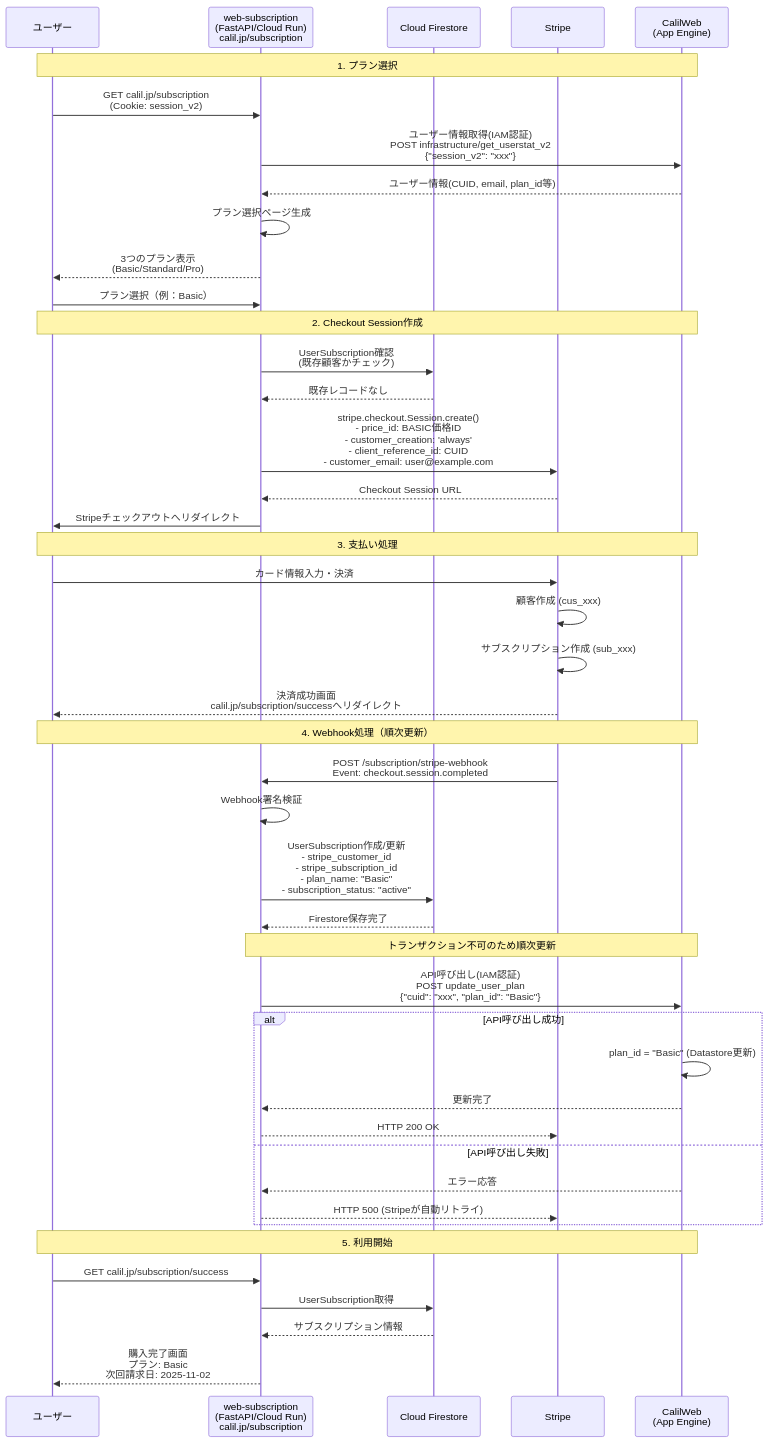
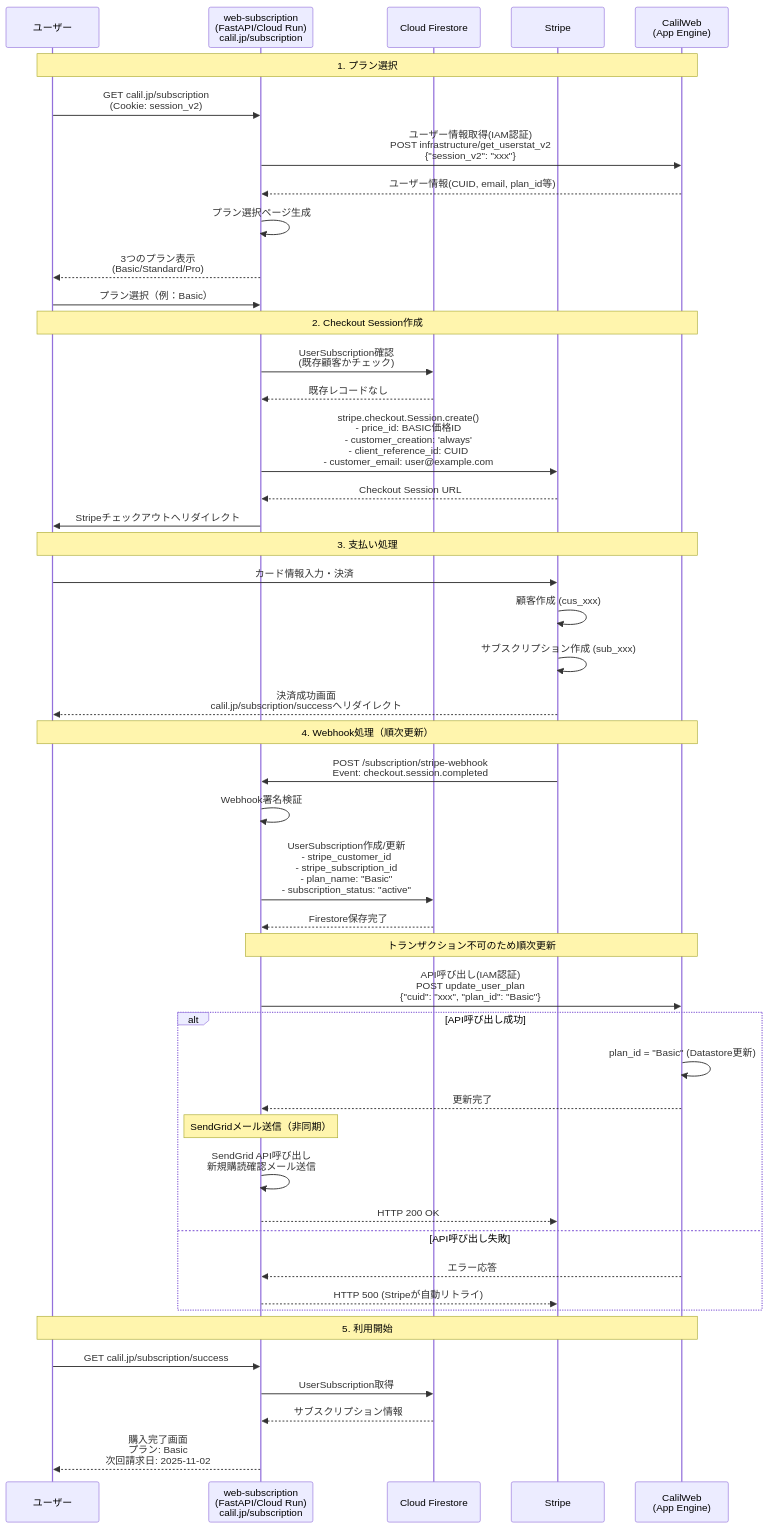
The diagram in Claude.md (CALIL/web-subscription), drawn with Mermaid before and after one commit. The commit also changed other lines of this file, not shown here.

First line of the commit message:
feat: SendGridメール送信機能の追加

````diff
--- a/Claude.md
+++ b/Claude.md
@@ -344,53 +356,56 @@
 ```mermaid
 sequenceDiagram
     participant U as ユーザー
     participant S as web-subscription<br/>(FastAPI/Cloud Run)<br/>calil.jp/subscription
     participant DS as Cloud Firestore
     participant ST as Stripe
     participant CW as CalilWeb<br/>(App Engine)
 
     Note over U,CW: 1. プラン選択
     U->>S: GET calil.jp/subscription<br/>(Cookie: session_v2)
     S->>CW: ユーザー情報取得(IAM認証)<br/>POST infrastructure/get_userstat_v2<br/>{"session_v2": "xxx"}
     CW-->>S: ユーザー情報(CUID, email, plan_id等)
     S->>S: プラン選択ページ生成
     S-->>U: 3つのプラン表示<br/>(Basic/Standard/Pro)
     U->>S: プラン選択（例：Basic）
 
     Note over U,CW: 2. Checkout Session作成
     S->>DS: UserSubscription確認<br/>(既存顧客かチェック)
     DS-->>S: 既存レコードなし
 
     S->>ST: stripe.checkout.Session.create()<br/>- price_id: BASIC価格ID<br/>- customer_creation: 'always'<br/>- client_reference_id: CUID<br/>- customer_email: user@example.com
     ST-->>S: Checkout Session URL
     S->>U: Stripeチェックアウトへリダイレクト
 
     Note over U,CW: 3. 支払い処理
     U->>ST: カード情報入力・決済
     ST->>ST: 顧客作成 (cus_xxx)
     ST->>ST: サブスクリプション作成 (sub_xxx)
     ST-->>U: 決済成功画面<br/>calil.jp/subscription/successへリダイレクト
 
     Note over U,CW: 4. Webhook処理（順次更新）
     ST->>S: POST /subscription/stripe-webhook<br/>Event: checkout.session.completed
     S->>S: Webhook署名検証
     S->>DS: UserSubscription作成/更新<br/>- stripe_customer_id<br/>- stripe_subscription_id<br/>- plan_name: "Basic"<br/>- subscription_status: "active"
     DS-->>S: Firestore保存完了
 
     Note over S,CW: トランザクション不可のため順次更新
     S->>CW: API呼び出し(IAM認証)<br/>POST update_user_plan<br/>{"cuid": "xxx", "plan_id": "Basic"}
     alt API呼び出し成功
         CW->>CW: plan_id = "Basic" (Datastore更新)
         CW-->>S: 更新完了
+
+        Note over S: SendGridメール送信（非同期）
+        S->>S: SendGrid API呼び出し<br/>新規購読確認メール送信
         S-->>ST: HTTP 200 OK
     else API呼び出し失敗
         CW-->>S: エラー応答
         S-->>ST: HTTP 500 (Stripeが自動リトライ)
     end
 
     Note over U,CW: 5. 利用開始
     U->>S: GET calil.jp/subscription/success
     S->>DS: UserSubscription取得
     DS-->>S: サブスクリプション情報
     S-->>U: 購入完了画面<br/>プラン: Basic<br/>次回請求日: 2025-11-02
 ```
````
